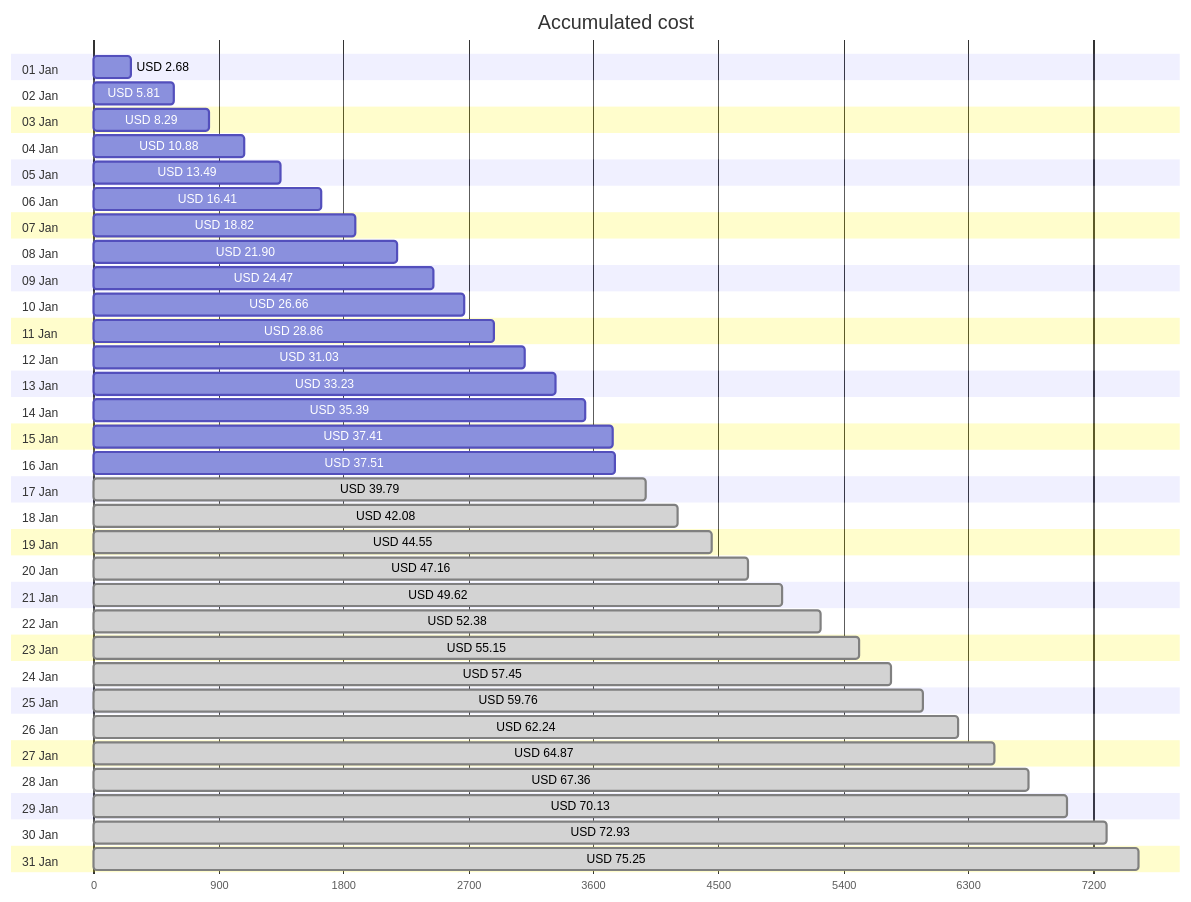
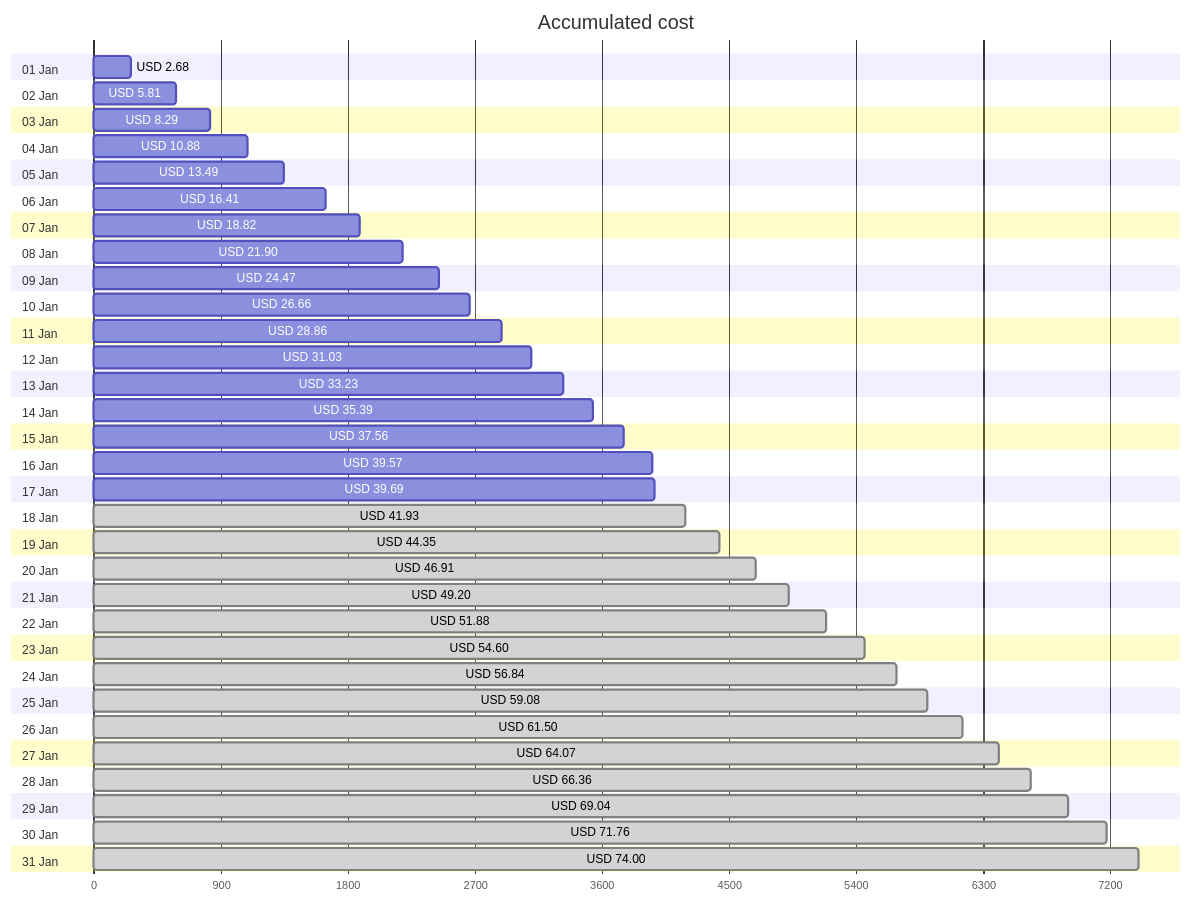
Before and after one commit to jpfulton/azure-personal-reports: the first of 4 diagrams in cost-reports/accumulated-cost.md, drawn with Mermaid. The commit also changed other lines of this file and 4 other files, not shown here.

````diff
--- a/cost-reports/accumulated-cost.md
+++ b/cost-reports/accumulated-cost.md
@@ -20,68 +20,68 @@
 ```mermaid
 gantt
    title Accumulated cost
    dateFormat  X
    axisFormat %s
    section 01 Jan
    USD 2.68 :0, 268
    section 02 Jan
    USD 5.81 :0, 581
    section 03 Jan
    USD 8.29 :0, 829
    section 04 Jan
    USD 10.88 :0, 1088
    section 05 Jan
    USD 13.49 :0, 1349
    section 06 Jan
    USD 16.41 :0, 1641
    section 07 Jan
    USD 18.82 :0, 1882
    section 08 Jan
    USD 21.90 :0, 2190
    section 09 Jan
    USD 24.47 :0, 2447
    section 10 Jan
    USD 26.66 :0, 2666
    section 11 Jan
    USD 28.86 :0, 2886
    section 12 Jan
    USD 31.03 :0, 3103
    section 13 Jan
    USD 33.23 :0, 3323
    section 14 Jan
    USD 35.39 :0, 3539
    section 15 Jan
-   USD 37.41 :0, 3741
+   USD 37.56 :0, 3756
    section 16 Jan
-   USD 37.51 :0, 3751
+   USD 39.57 :0, 3957
    section 17 Jan
-   USD 39.79 : done, 0, 3979
+   USD 39.69 :0, 3969
    section 18 Jan
-   USD 42.08 : done, 0, 4208
+   USD 41.93 : done, 0, 4193
    section 19 Jan
-   USD 44.55 : done, 0, 4455
+   USD 44.35 : done, 0, 4435
    section 20 Jan
-   USD 47.16 : done, 0, 4716
+   USD 46.91 : done, 0, 4691
    section 21 Jan
-   USD 49.62 : done, 0, 4962
+   USD 49.20 : done, 0, 4920
    section 22 Jan
-   USD 52.38 : done, 0, 5238
+   USD 51.88 : done, 0, 5188
    section 23 Jan
-   USD 55.15 : done, 0, 5515
+   USD 54.60 : done, 0, 5460
    section 24 Jan
-   USD 57.45 : done, 0, 5745
+   USD 56.84 : done, 0, 5684
    section 25 Jan
-   USD 59.76 : done, 0, 5976
+   USD 59.08 : done, 0, 5908
    section 26 Jan
-   USD 62.24 : done, 0, 6224
+   USD 61.50 : done, 0, 6150
    section 27 Jan
-   USD 64.87 : done, 0, 6487
+   USD 64.07 : done, 0, 6407
    section 28 Jan
-   USD 67.36 : done, 0, 6736
+   USD 66.36 : done, 0, 6636
    section 29 Jan
-   USD 70.13 : done, 0, 7013
+   USD 69.04 : done, 0, 6904
    section 30 Jan
-   USD 72.93 : done, 0, 7293
+   USD 71.76 : done, 0, 7176
    section 31 Jan
-   USD 75.25 : done, 0, 7525
+   USD 74.00 : done, 0, 7400
 ```
````
